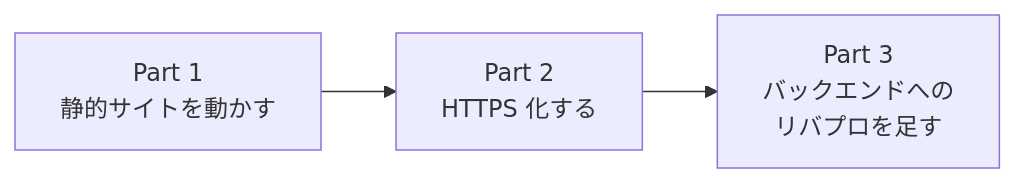
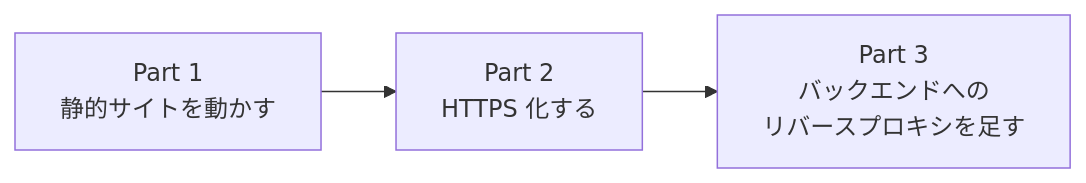
The diagram in docs/ja/getting-started/tutorial/index.md (baykit/BayServer_Docs), drawn with Mermaid before and after one commit. The commit also changed 5 other files, not shown here.

````diff
--- a/docs/ja/getting-started/tutorial/index.md
+++ b/docs/ja/getting-started/tutorial/index.md
@@ -18,5 +18,5 @@
 ```mermaid
 graph LR
   A[Part 1<br/>静的サイトを動かす] --> B[Part 2<br/>HTTPS 化する]
-  B --> C[Part 3<br/>バックエンドへの<br/>リバプロを足す]
+  B --> C[Part 3<br/>バックエンドへの<br/>リバースプロキシを足す]
 ```
````
